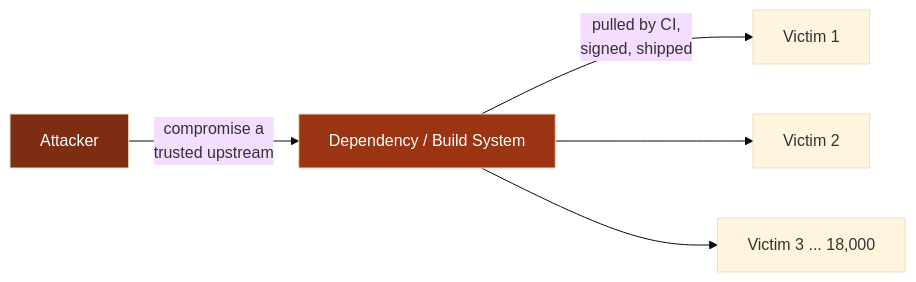
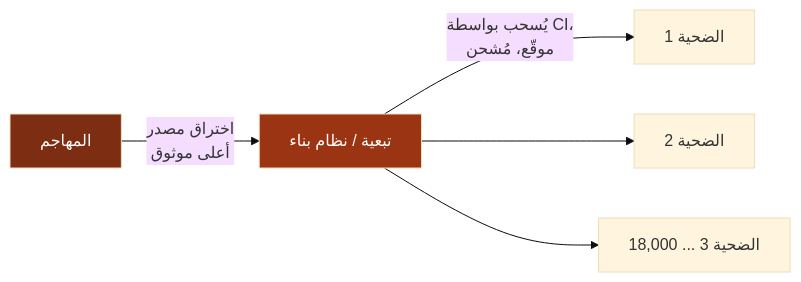
One commit to ibra-kdbra/banije changed the eighth of 11 diagrams in src/content/translate/ar/cloud-native-and-supply-chain-security-in-depth.md. Above: the diagram before and after it, drawn with Mermaid (base theme). The commit also changed other lines of this file and 33 other files, not shown here.

````diff
--- a/src/content/translate/ar/cloud-native-and-supply-chain-security-in-depth.md
+++ b/src/content/translate/ar/cloud-native-and-supply-chain-security-in-depth.md
@@ -222,9 +222,9 @@
 ```mermaid
 graph LR
-    A[Attacker] -->|"compromise a<br/>trusted upstream"| U[Dependency / Build System]
-    U -->|"pulled by CI,<br/>signed, shipped"| V1[Victim 1]
-    U --> V2[Victim 2]
-    U --> V3[Victim 3 ... 18,000]
+    A["المهاجم"] -->|"اختراق مصدر<br/>أعلى موثوق"| U["تبعية / نظام بناء"]
+    U -->|"يُسحب بواسطة CI،<br/>موقّع، مُشحن"| V1["الضحية 1"]
+    U --> V2["الضحية 2"]
+    U --> V3["الضحية 3 ... 18,000"]
     style A fill:#7c2d12,color:#fff
     style U fill:#9a3412,color:#fff
 ```
````
